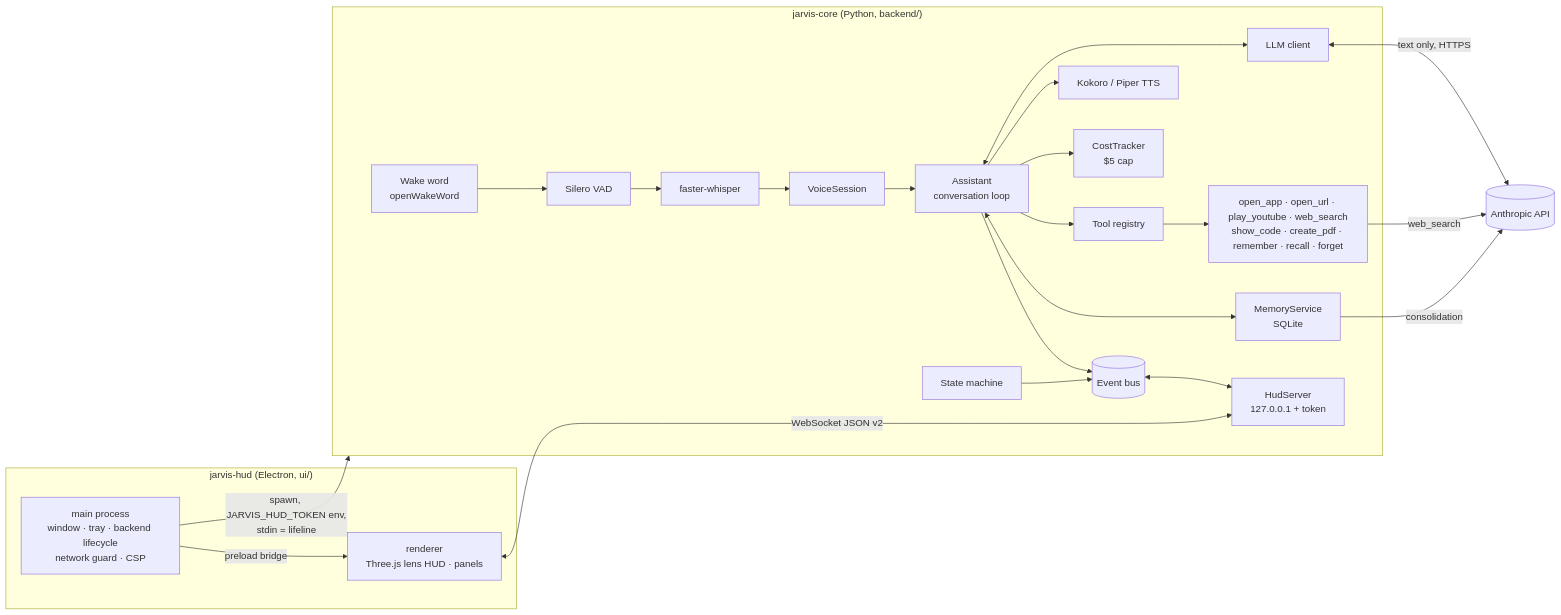
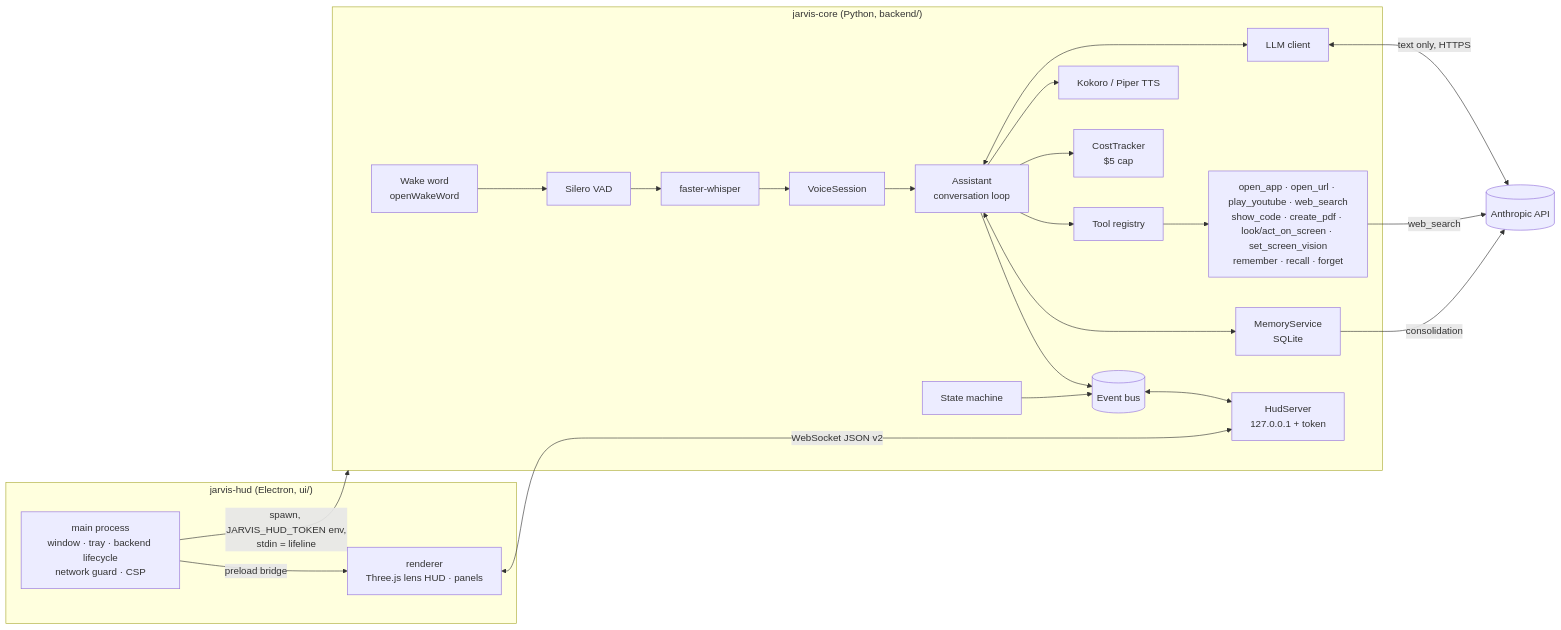
The diagram in docs/architecture.md (ItzMeDKKnight/JARVIS), drawn with Mermaid before and after one commit. The commit also changed other lines of this file and 31 other files, not shown here.

````diff
--- a/docs/architecture.md
+++ b/docs/architecture.md
@@ -5,24 +5,24 @@
 ```mermaid
 flowchart LR
     subgraph hud["jarvis-hud (Electron, ui/)"]
         MAIN[main process<br/>window · tray · backend lifecycle<br/>network guard · CSP] -->|preload bridge| R[renderer<br/>Three.js lens HUD · panels]
     end
     subgraph core["jarvis-core (Python, backend/)"]
         WW[Wake word<br/>openWakeWord] --> VAD[Silero VAD] --> STT[faster-whisper]
         STT --> VS[VoiceSession]
         VS --> A[Assistant<br/>conversation loop]
         A <--> LLM[LLM client]
-        A --> REG[Tool registry] --> TOOLS[open_app · open_url · play_youtube · web_search<br/>show_code · create_pdf · remember · recall · forget]
+        A --> REG[Tool registry] --> TOOLS[open_app · open_url · play_youtube · web_search<br/>show_code · create_pdf · look/act_on_screen · set_screen_vision<br/>remember · recall · forget]
         A --> TTS[Kokoro / Piper TTS]
         A <--> MEM[MemoryService<br/>SQLite]
         A --> COST[CostTracker<br/>$5 cap]
         A --> BUS[(Event bus)]
         SM[State machine] --> BUS
         BUS <--> SRV[HudServer<br/>127.0.0.1 + token]
     end
     MAIN -->|spawn, JARVIS_HUD_TOKEN env,<br/>stdin = lifeline| core
     R <-->|WebSocket JSON v2| SRV
     LLM <-->|text only, HTTPS| API[(Anthropic API)]
     TOOLS -->|web_search| API
     MEM -->|consolidation| API
 ```
````
